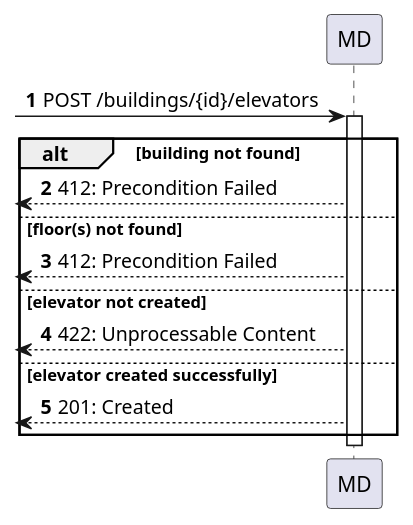
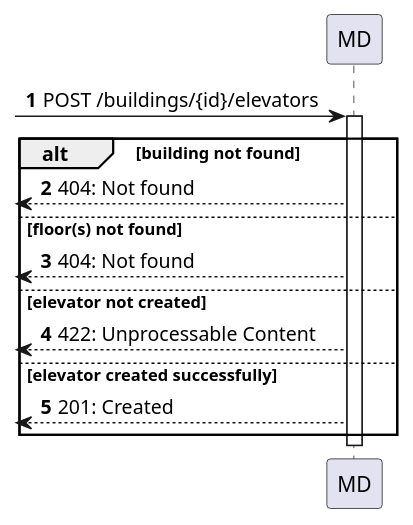
One commit to Departamento-de-Engenharia-Informatica/lapr5-23-24-g19 changed the diagram in docs/us270/level2/process-view.puml. Above: the diagram before and after it, drawn with PlantUML. The commit also changed 51 other files, not shown here.

Commit message:
docs(us270,280,290,310,350,380): updated response code "404: Not found"

```diff
--- a/docs/us270/level2/process-view.puml
+++ b/docs/us270/level2/process-view.puml
@@ -1,20 +1,20 @@
 @startuml
 autonumber
 
 participant "MD" as mdr
 
 [-> mdr : POST /buildings/{id}/elevators
 
 activate mdr
     alt building not found
-        [<-- mdr : 412: Precondition Failed
+        [<-- mdr : 404: Not found
     else floor(s) not found
-        [<-- mdr : 412: Precondition Failed
+        [<-- mdr : 404: Not found
     else elevator not created
         [<-- mdr : 422: Unprocessable Content
     else elevator created successfully
         [<-- mdr : 201: Created
     end
 deactivate mdr
 
 @enduml
```
